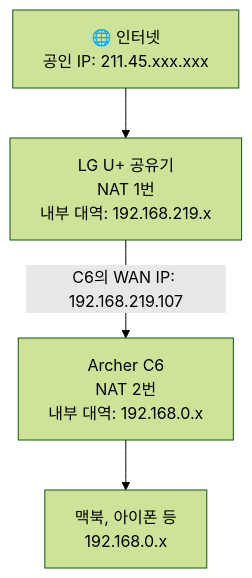
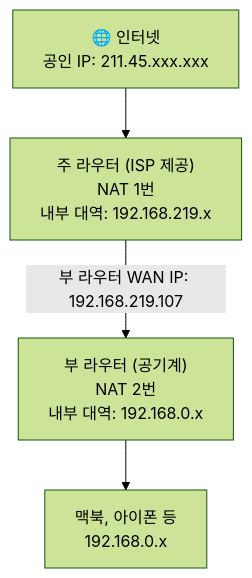
The second of 2 diagrams in content/ko/router-vpn-01.md (samcho0608/samcho0608.github.io), drawn with Mermaid (forest theme) before and after one commit. The commit also changed other lines of this file and 9 other files, not shown here.

````diff
--- a/content/ko/router-vpn-01.md
+++ b/content/ko/router-vpn-01.md
@@ -82,11 +80,11 @@
 ```mermaid
 graph TD
     Internet["🌐 인터넷<br/>공인 IP: 211.45.xxx.xxx"]
-    LG["LG U+ 공유기<br/>NAT 1번<br/>내부 대역: 192.168.219.x"]
-    C6["Archer C6<br/>NAT 2번<br/>내부 대역: 192.168.0.x"]
+    LG["주 라우터 (ISP 제공)<br/>NAT 1번<br/>내부 대역: 192.168.219.x"]
+    C6["부 라우터 (공기계)<br/>NAT 2번<br/>내부 대역: 192.168.0.x"]
     Devices["맥북, 아이폰 등<br/>192.168.0.x"]
 
     Internet --> LG
-    LG -->|"C6의 WAN IP: 192.168.219.107"| C6
+    LG -->|"부 라우터 WAN IP: 192.168.219.107"| C6
     C6 --> Devices
 ```
````
